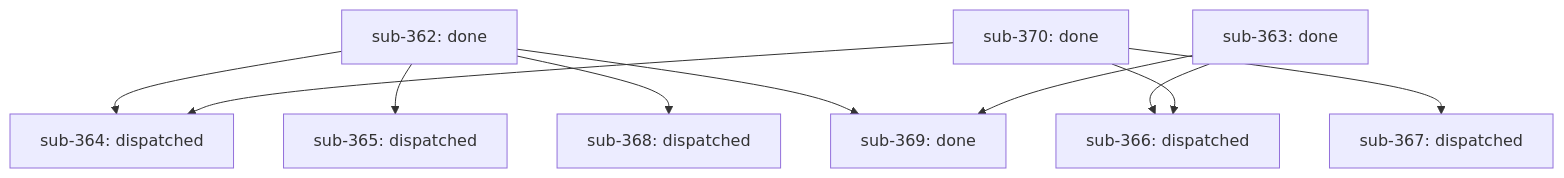
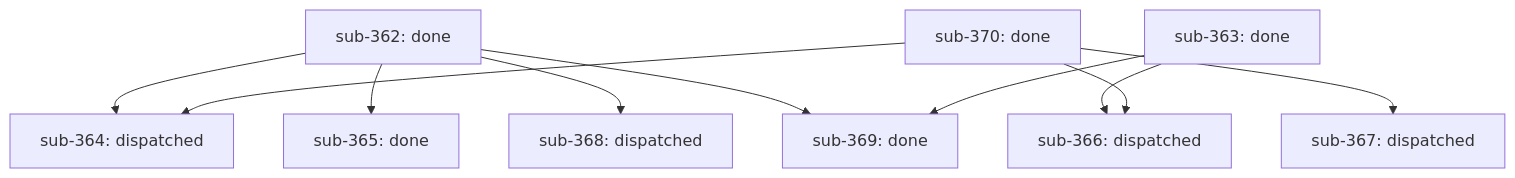
One commit to infiquetra/infiquetra-claude-plugins changed the diagram in docs/outcomes/tier-effort-first-class/report.md. Above: the diagram before and after it, drawn with Mermaid. The commit also changed other lines of this file, not shown here.

Commit message:
docs(outcome): harvest sub-365 (PR #504 merged) — 5/9 done, frontier #364/#366/#367/#368 (re #365)

````diff
--- a/docs/outcomes/tier-effort-first-class/report.md
+++ b/docs/outcomes/tier-effort-first-class/report.md
@@ -7,21 +7,21 @@
 ```mermaid
 flowchart TD
     sub-362["sub-362: done"]
     sub-363["sub-363: done"]
     sub-364["sub-364: dispatched"]
-    sub-365["sub-365: dispatched"]
+    sub-365["sub-365: done"]
     sub-366["sub-366: dispatched"]
     sub-367["sub-367: dispatched"]
     sub-368["sub-368: dispatched"]
     sub-369["sub-369: done"]
     sub-370["sub-370: done"]
     sub-362 --> sub-364
     sub-370 --> sub-364
     sub-362 --> sub-365
     sub-363 --> sub-366
     sub-370 --> sub-366
     sub-370 --> sub-367
     sub-362 --> sub-368
     sub-362 --> sub-369
     sub-363 --> sub-369
 ```
````
